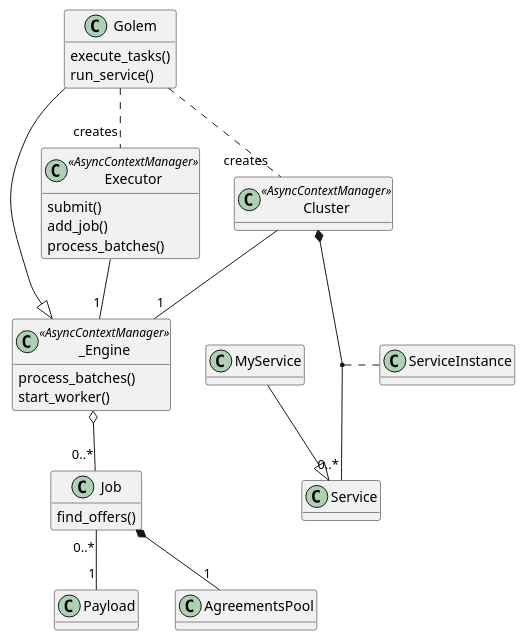
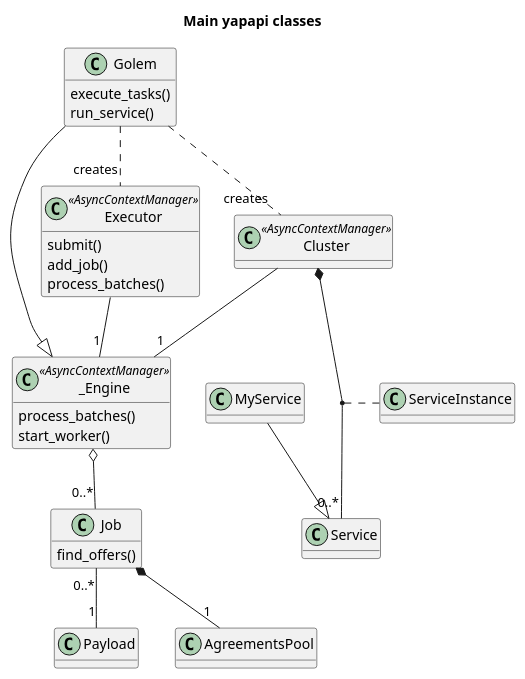
Before and after one commit to golemfactory/yapapi: the diagram in docs/diagrams/classes.puml, drawn with PlantUML. The commit also changed 5 other files, not shown here.

Commit message:
Add PlantUML files for sequence and class diagrams

```diff
--- a/docs/diagrams/classes.puml
+++ b/docs/diagrams/classes.puml
@@ -1,59 +1,60 @@
 @startuml
+title Main yapapi classes
 
 hide empty fields
 
 class Golem {
   execute_tasks()
   run_service()
  }
 
 together {
   class Executor <<AsyncContextManager>> {
     submit()
     add_job()
     process_batches()
   }
   class Cluster <<AsyncContextManager>>
   ' Cluster -[hidden] Executor
 }
 
 class _Engine <<AsyncContextManager>> {
   process_batches()
   start_worker()
 }
 
 class Job {
   find_offers()
 }
 
 class AgreementsPool
 
 
 
 Golem --|> _Engine
 Golem .. "creates" Executor
 Golem .. "creates" Cluster
 
 Executor -- "1" _Engine
 Cluster -- "1" _Engine
 ' Cluster -- "1" Job
 
 _Engine o-- "0..*" Job
 
 Job *-- "1" AgreementsPool
 
 class Payload
 ' Executor --> Payload
 ' Cluster --> Payload
 Job "0..*" -- "1" Payload
 
 class Service
 class MyService
 MyService --|> Service
 
 Cluster *-- "0..*" Service
 (Cluster, Service) .. ServiceInstance
 
 MyService -[hidden]-- AgreementsPool
 
 @enduml
```
